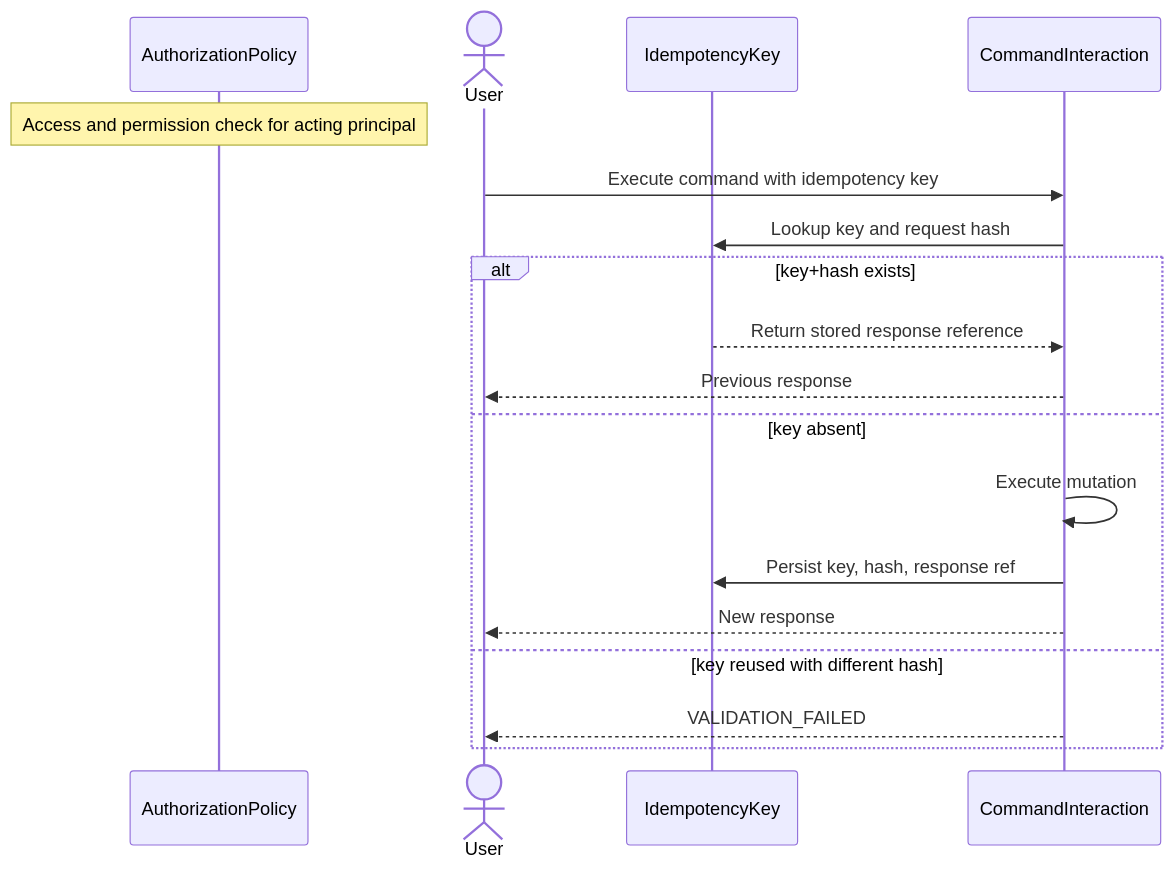
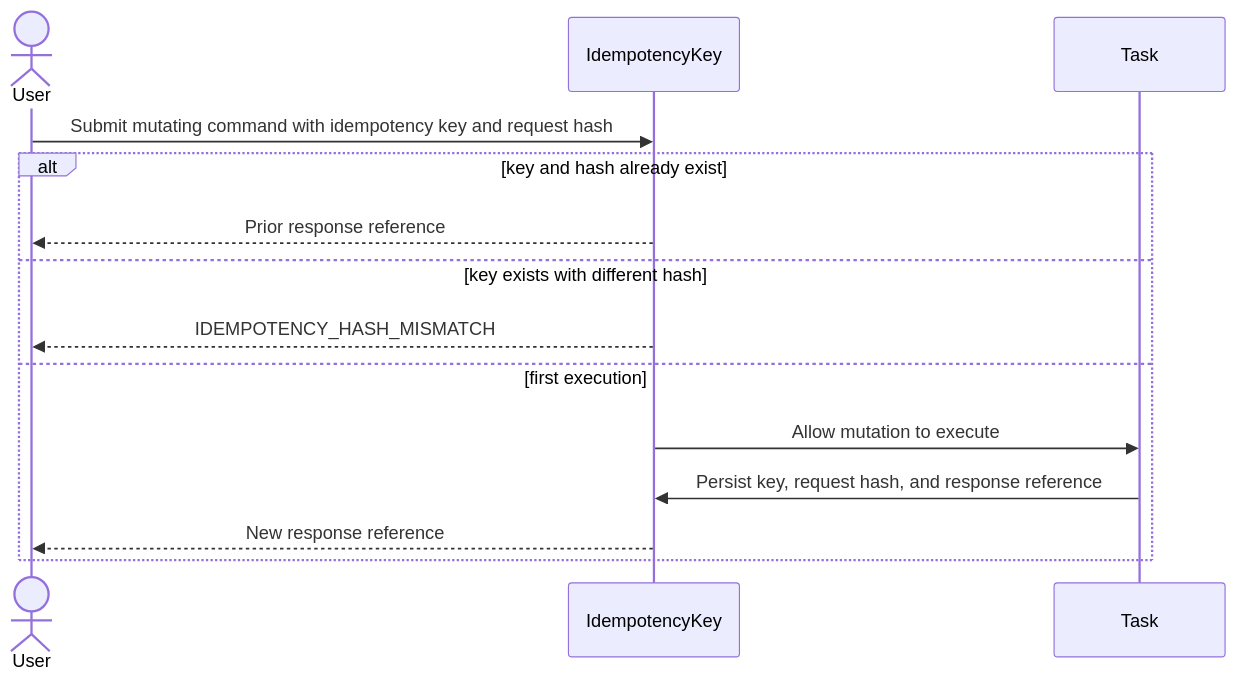
One commit to ChidiRnweke/margin changed the fifth of 6 diagrams in architecture/sequence-diagrams/06-data-audit-system.md. Above: the diagram before and after it, drawn with Mermaid. The commit also changed other lines of this file and 12 other files, not shown here.

Commit message:
Enhance sequence diagrams and introduce traceability matrix

````diff
--- a/architecture/sequence-diagrams/06-data-audit-system.md
+++ b/architecture/sequence-diagrams/06-data-audit-system.md
@@ -77,20 +101,16 @@
 ```mermaid
 sequenceDiagram
-    participant G as AuthorizationPolicy
-    Note over G: Access and permission check for acting principal
     actor U as User
     participant K as IdempotencyKey
-    participant C as CommandInteraction
-    U->>C: Execute command with idempotency key
-    C->>K: Lookup key and request hash
-    alt key+hash exists
-      K-->>C: Return stored response reference
-      C-->>U: Previous response
-    else key absent
-      C->>C: Execute mutation
-      C->>K: Persist key, hash, response ref
-      C-->>U: New response
-    else key reused with different hash
-      C-->>U: VALIDATION_FAILED
+    participant T as Task
+    U->>K: Submit mutating command with idempotency key and request hash
+    alt key and hash already exist
+        K-->>U: Prior response reference
+    else key exists with different hash
+        K-->>U: IDEMPOTENCY_HASH_MISMATCH
+    else first execution
+        K->>T: Allow mutation to execute
+        T->>K: Persist key, request hash, and response reference
+        K-->>U: New response reference
     end
 ```
````
